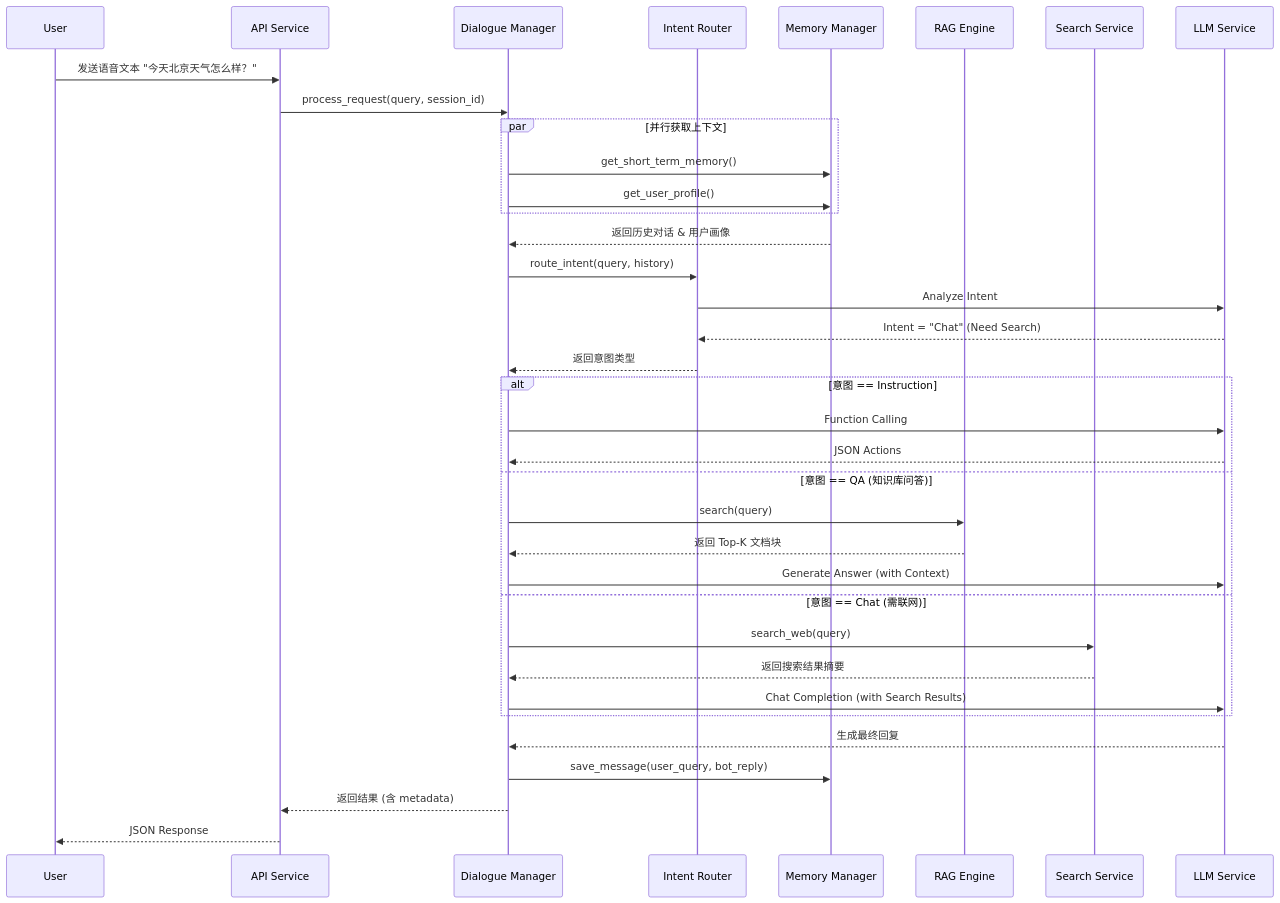
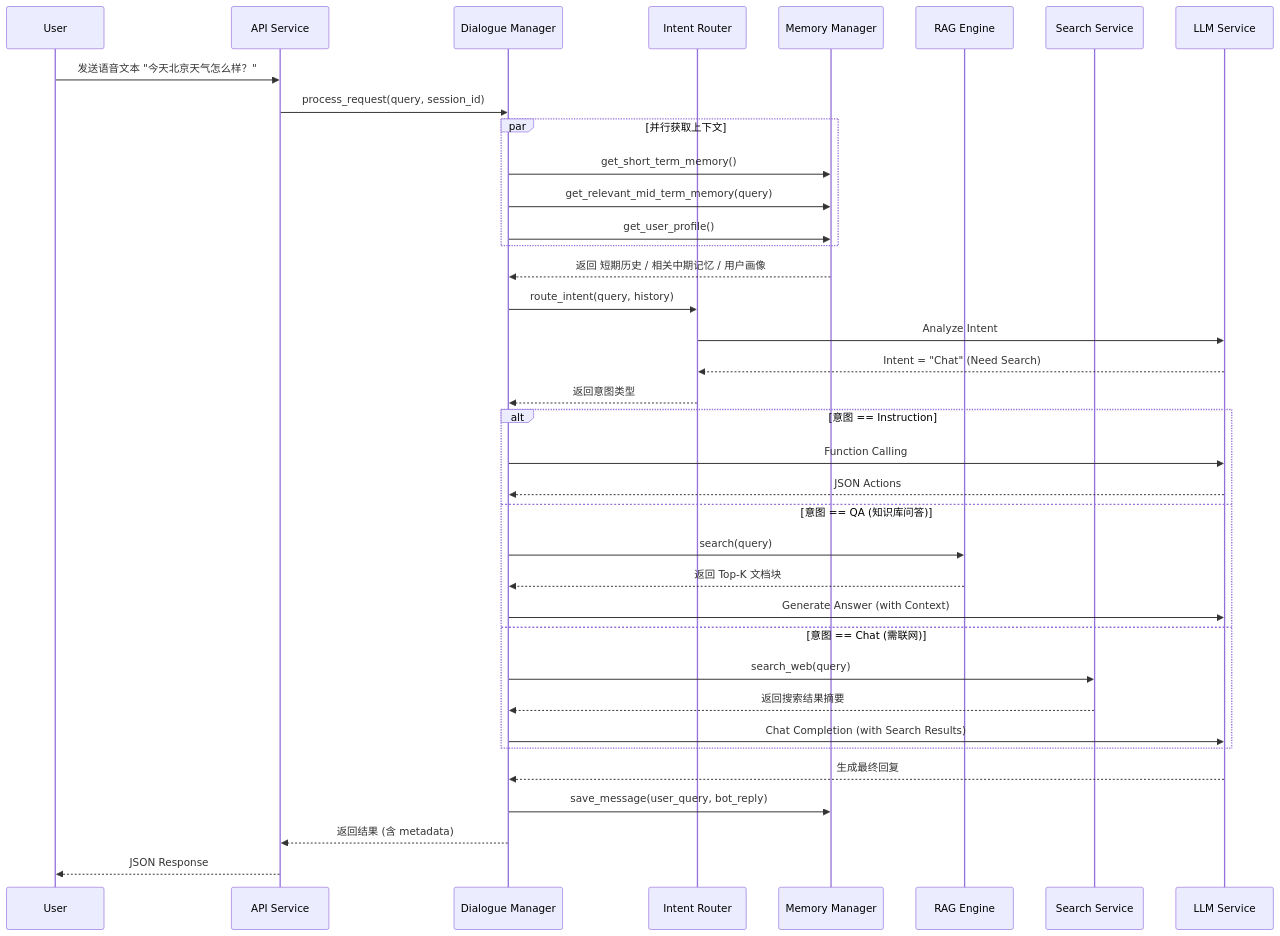
The third of 3 diagrams in docs/AI语音语义理解模块 - 技术设计说明书_v2.0.md (WangShaoyu1/audio_ai), drawn with Mermaid before and after one commit. The commit also changed other lines of this file and 33 other files, not shown here.

````diff
--- a/docs/AI语音语义理解模块 - 技术设计说明书_v2.0.md
+++ b/docs/AI语音语义理解模块 - 技术设计说明书_v2.0.md
@@ -260,43 +286,44 @@
 ```mermaid
 sequenceDiagram
     participant User
     participant API as API Service
     participant DM as Dialogue Manager
     participant Router as Intent Router
     participant Mem as Memory Manager
     participant RAG as RAG Engine
     participant Search as Search Service
     participant LLM as LLM Service
 
     User->>API: 发送语音文本 "今天北京天气怎么样？"
     API->>DM: process_request(query, session_id)
     
     par 并行获取上下文
         DM->>Mem: get_short_term_memory()
+        DM->>Mem: get_relevant_mid_term_memory(query)
         DM->>Mem: get_user_profile()
     end
-    Mem-->>DM: 返回历史对话 & 用户画像
+    Mem-->>DM: 返回 短期历史 / 相关中期记忆 / 用户画像
 
     DM->>Router: route_intent(query, history)
     Router->>LLM: Analyze Intent
     LLM-->>Router: Intent = "Chat" (Need Search)
     Router-->>DM: 返回意图类型
 
     alt 意图 == Instruction
         DM->>LLM: Function Calling
         LLM-->>DM: JSON Actions
     else 意图 == QA (知识库问答)
         DM->>RAG: search(query)
         RAG-->>DM: 返回 Top-K 文档块
         DM->>LLM: Generate Answer (with Context)
     else 意图 == Chat (需联网)
         DM->>Search: search_web(query)
         Search-->>DM: 返回搜索结果摘要
         DM->>LLM: Chat Completion (with Search Results)
     end
 
     LLM-->>DM: 生成最终回复
     DM->>Mem: save_message(user_query, bot_reply)
     DM-->>API: 返回结果 (含 metadata)
     API-->>User: JSON Response
 ```
````
